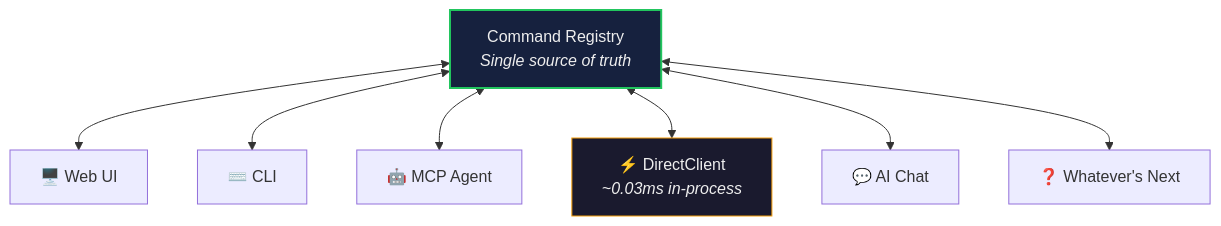
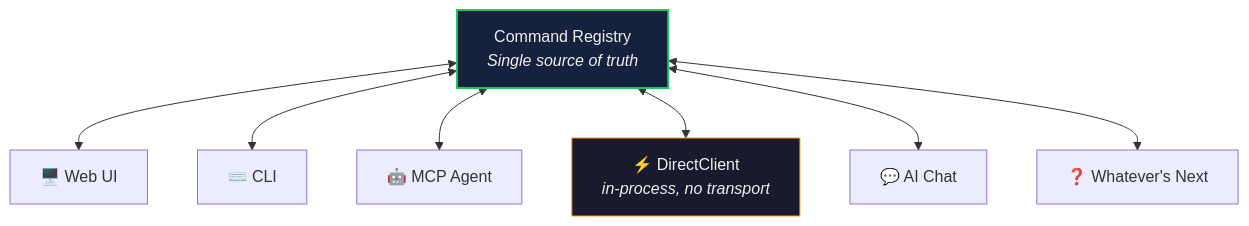
One commit to lushly-dev/afd changed the second of 4 diagrams in README.md. Above: the diagram before and after it, drawn with Mermaid. The commit also changed other lines of this file and 33 other files, not shown here.

````diff
--- a/README.md
+++ b/README.md
@@ -68,14 +70,14 @@
 ```mermaid
 graph TB
     CMD["Command Registry<br/><em>Single source of truth</em>"]
 
     CMD <--> UI["🖥️ Web UI"]
     CMD <--> CLI["⌨️ CLI"]
     CMD <--> MCP["🤖 MCP Agent"]
-    CMD <--> DC["⚡ DirectClient<br/><em>~0.03ms in-process</em>"]
+    CMD <--> DC["⚡ DirectClient<br/><em>in-process, no transport</em>"]
     CMD <--> Chat["💬 AI Chat"]
     CMD <--> Future["❓ Whatever's Next"]
 
     style CMD fill:#16213e,stroke:#22c55e,stroke-width:2px,color:#eee
     style DC fill:#1a1a2e,stroke:#f59e0b,color:#eee
 ```
````
